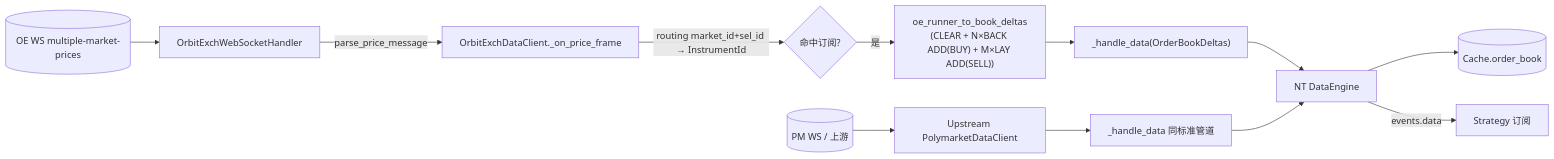
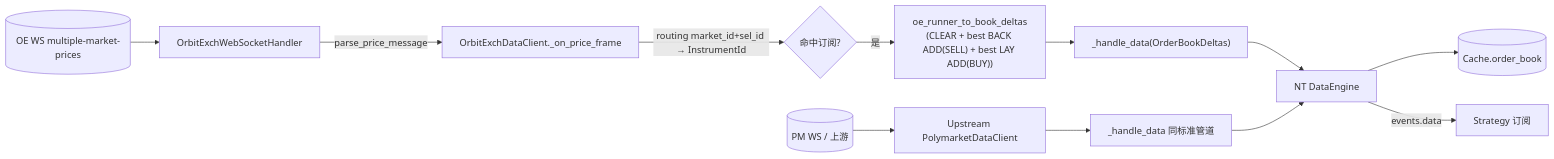
Before and after one commit to psnewer/nautilus_trader: the diagram in docs/arbitrage/architectures/data/architecture.md, drawn with Mermaid. The commit also changed other lines of this file and 8 other files, not shown here.

````diff
--- a/docs/arbitrage/architectures/data/architecture.md
+++ b/docs/arbitrage/architectures/data/architecture.md
@@ -29,14 +29,14 @@
 ```mermaid
 flowchart LR
   V[(OE WS multiple-market-prices)] --> WSH[OrbitExchWebSocketHandler]
   WSH -->|parse_price_message| DC[OrbitExchDataClient._on_price_frame]
   DC -->|routing market_id+sel_id → InstrumentId| MAP{命中订阅?}
-  MAP -->|是| CONV["oe_runner_to_book_deltas\n(CLEAR + N×BACK ADD(BUY) + M×LAY ADD(SELL))"]
+  MAP -->|是| CONV["oe_runner_to_book_deltas\n(CLEAR + best BACK ADD(SELL) + best LAY ADD(BUY))"]
   CONV --> HD["_handle_data(OrderBookDeltas)"]
   HD --> DE[NT DataEngine]
   DE --> C[(Cache.order_book)]
   DE -->|events.data| ST[Strategy 订阅]
   PMWS[(PM WS / 上游)] --> PMUP[Upstream PolymarketDataClient]
   PMUP --> HD2[_handle_data 同标准管道]
   HD2 --> DE
 ```
````
